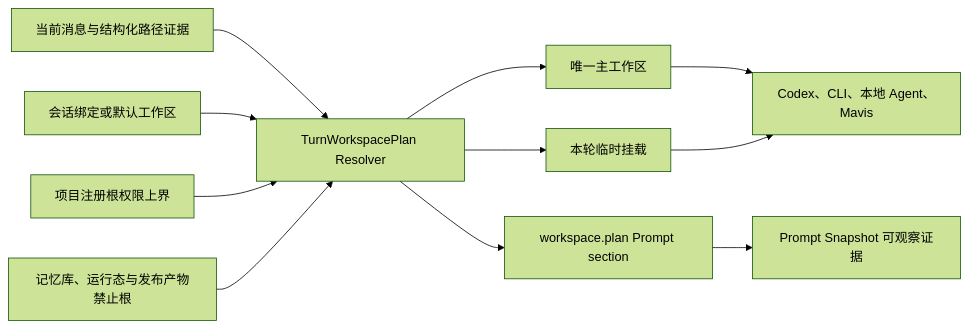
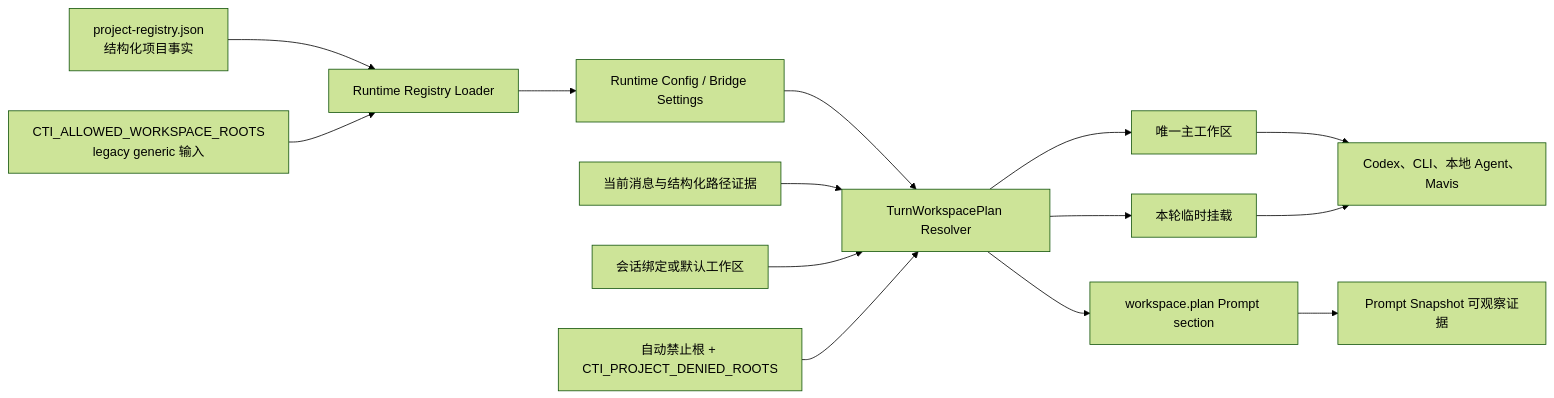
The fifth of 16 diagrams in docs/PROJECT-ARCHITECTURE.md (dddfuxi/codex-im-suite), drawn with Mermaid (forest theme) before and after one commit. The commit also changed other lines of this file and 18 other files, not shown here.

Commit message:
feat: add structured project registry

````diff
--- a/docs/PROJECT-ARCHITECTURE.md
+++ b/docs/PROJECT-ARCHITECTURE.md
@@ -188,13 +188,16 @@
 ```mermaid
 flowchart LR
+  Registry["project-registry.json<br/>结构化项目事实"] --> Loader[Runtime Registry Loader]
+  Legacy["CTI_ALLOWED_WORKSPACE_ROOTS<br/>legacy generic 输入"] --> Loader
+  Loader --> Config[Runtime Config / Bridge Settings]
+  Config --> Resolver
   Evidence[当前消息与结构化路径证据] --> Resolver[TurnWorkspacePlan Resolver]
   Session[会话绑定或默认工作区] --> Resolver
-  Allowed[项目注册根权限上界] --> Resolver
-  Denied[记忆库、运行态与发布产物禁止根] --> Resolver
+  Denied["自动禁止根 + CTI_PROJECT_DENIED_ROOTS"] --> Resolver
   Resolver --> Primary[唯一主工作区]
   Resolver --> Temporary[本轮临时挂载]
   Resolver --> Prompt[workspace.plan Prompt section]
   Primary --> Providers[Codex、CLI、本地 Agent、Mavis]
   Temporary --> Providers
   Prompt --> Snapshot[Prompt Snapshot 可观察证据]
 ```
````
